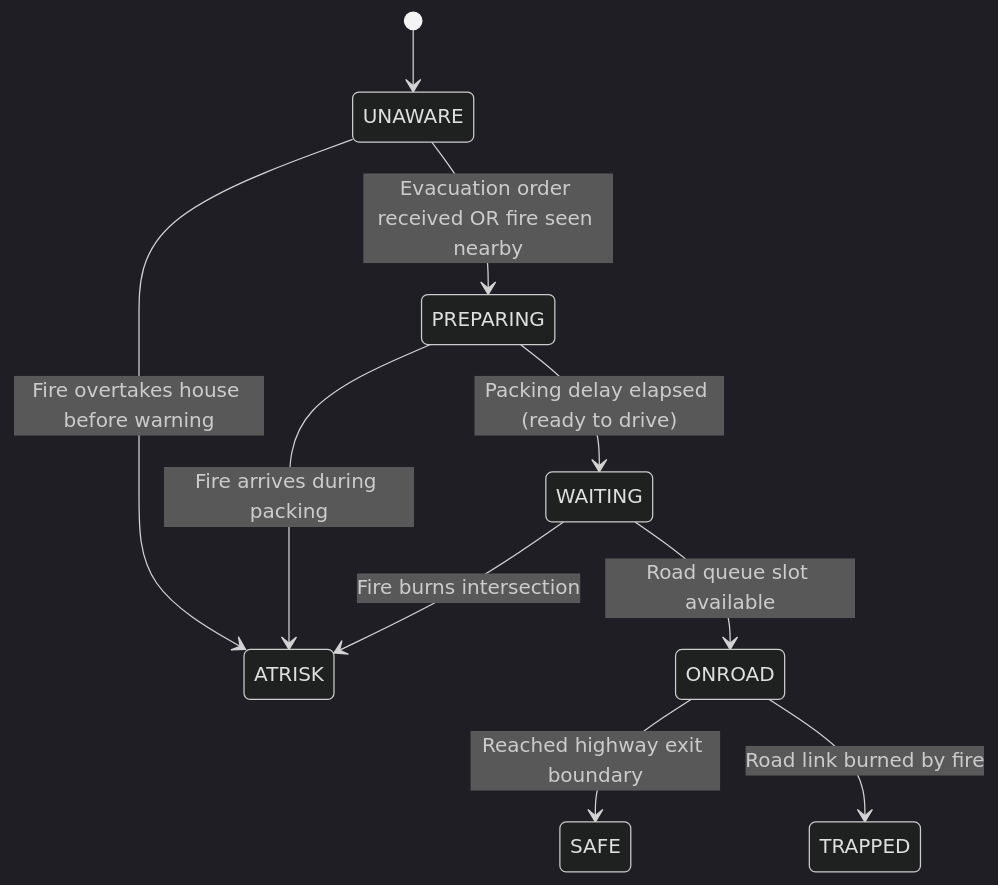
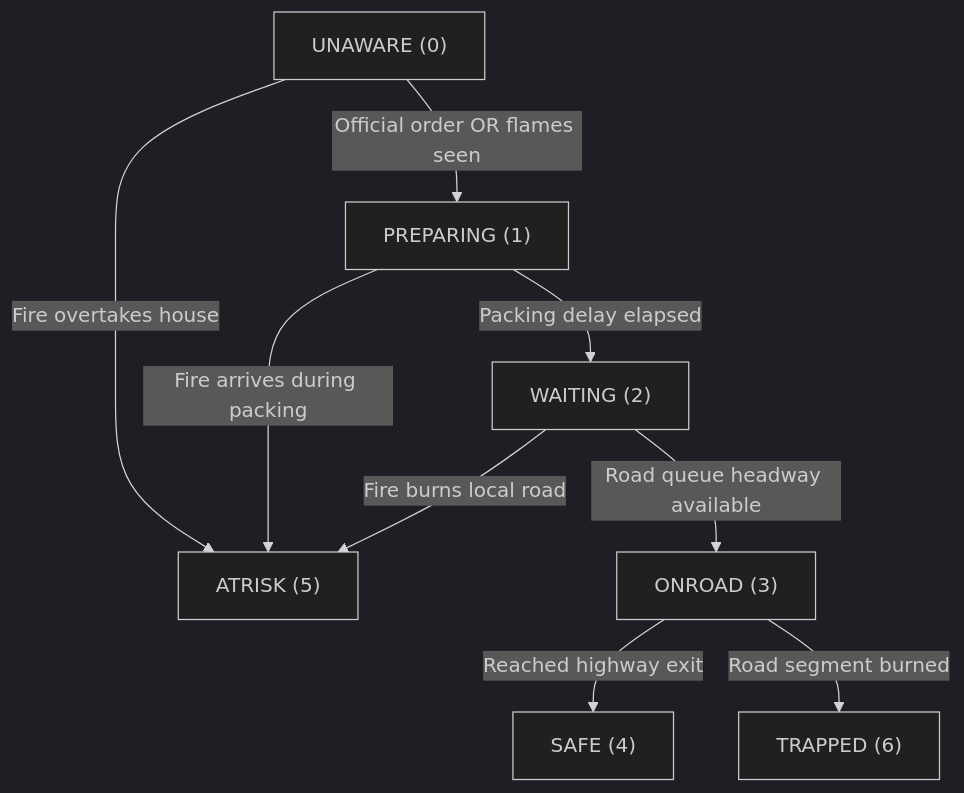
One commit to rskris/agentsim_wildfire changed the second of 2 diagrams in description.md. Above: the diagram before and after it, drawn with Mermaid (dark theme). The commit also changed other lines of this file, not shown here.

Commit message:
Fix math equation rendering and Mermaid block syntax in description.md

````diff
--- a/description.md
+++ b/description.md
@@ -101,12 +127,11 @@
 ```mermaid
-stateDiagram-v2
-    [*] --> UNAWARE
-    UNAWARE --> PREPARING: Evacuation order received OR fire seen nearby
-    UNAWARE --> ATRISK: Fire overtakes house before warning
-    PREPARING --> WAITING: Packing delay elapsed (ready to drive)
-    PREPARING --> ATRISK: Fire arrives during packing
-    WAITING --> ONROAD: Road queue slot available
-    WAITING --> ATRISK: Fire burns intersection
-    ONROAD --> SAFE: Reached highway exit boundary
-    ONROAD --> TRAPPED: Road link burned by fire
+flowchart TD
+    S0["UNAWARE (0)"] -->|"Official order OR flames seen"| S1["PREPARING (1)"]
+    S0 -->|"Fire overtakes house"| S5["ATRISK (5)"]
+    S1 -->|"Packing delay elapsed"| S2["WAITING (2)"]
+    S1 -->|"Fire arrives during packing"| S5
+    S2 -->|"Road queue headway available"| S3["ONROAD (3)"]
+    S2 -->|"Fire burns local road"| S5
+    S3 -->|"Reached highway exit"| S4["SAFE (4)"]
+    S3 -->|"Road segment burned"| S6["TRAPPED (6)"]
 ```
````
